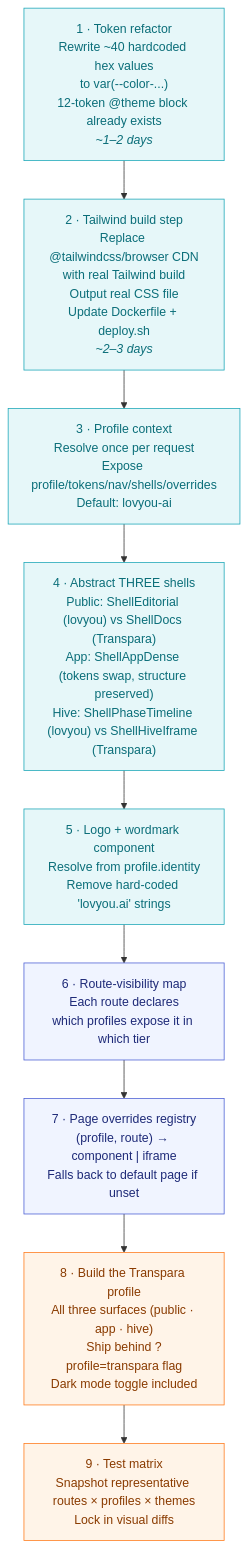
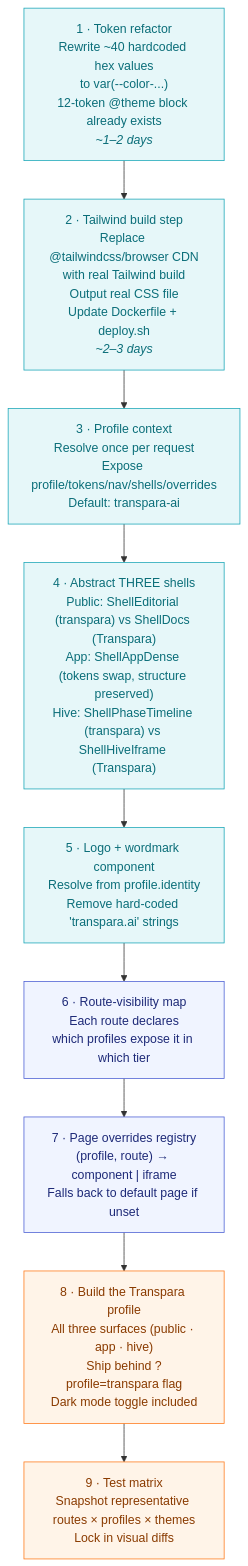
One commit to transpara-ai/site changed the fourth of 5 diagrams in docs/site-profile-redesign/02-display-profile-system.md. Above: the diagram before and after it, drawn with Mermaid. The commit also changed other lines of this file and 108 other files, not shown here.

````diff
--- a/docs/site-profile-redesign/02-display-profile-system.md
+++ b/docs/site-profile-redesign/02-display-profile-system.md
@@ -219,22 +219,22 @@
 ```mermaid
 flowchart TD
     Step1["1 · Token refactor<br/>Rewrite ~40 hardcoded hex values<br/>to var(--color-...)<br/>12-token @theme block already exists<br/><i>~1–2 days</i>"]
     Step2["2 · Tailwind build step<br/>Replace @tailwindcss/browser CDN<br/>with real Tailwind build<br/>Output real CSS file<br/>Update Dockerfile + deploy.sh<br/><i>~2–3 days</i>"]
-    Step3["3 · Profile context<br/>Resolve once per request<br/>Expose profile/tokens/nav/shells/overrides<br/>Default: lovyou-ai"]
-    Step4["4 · Abstract THREE shells<br/>Public: ShellEditorial (lovyou) vs ShellDocs (Transpara)<br/>App: ShellAppDense (tokens swap, structure preserved)<br/>Hive: ShellPhaseTimeline (lovyou) vs ShellHiveIframe (Transpara)"]
-    Step5["5 · Logo + wordmark component<br/>Resolve from profile.identity<br/>Remove hard-coded 'lovyou.ai' strings"]
+    Step3["3 · Profile context<br/>Resolve once per request<br/>Expose profile/tokens/nav/shells/overrides<br/>Default: transpara-ai"]
+    Step4["4 · Abstract THREE shells<br/>Public: ShellEditorial (transpara) vs ShellDocs (Transpara)<br/>App: ShellAppDense (tokens swap, structure preserved)<br/>Hive: ShellPhaseTimeline (transpara) vs ShellHiveIframe (Transpara)"]
+    Step5["5 · Logo + wordmark component<br/>Resolve from profile.identity<br/>Remove hard-coded 'transpara.ai' strings"]
     Step6["6 · Route-visibility map<br/>Each route declares<br/>which profiles expose it in which tier"]
     Step7["7 · Page overrides registry<br/>(profile, route) → component | iframe<br/>Falls back to default page if unset"]
     Step8["8 · Build the Transpara profile<br/>All three surfaces (public · app · hive)<br/>Ship behind ?profile=transpara flag<br/>Dark mode toggle included"]
     Step9["9 · Test matrix<br/>Snapshot representative routes × profiles × themes<br/>Lock in visual diffs"]
 
     Step1 --> Step2 --> Step3 --> Step4 --> Step5 --> Step6 --> Step7 --> Step8 --> Step9
 
     classDef mech fill:#e6f7f9,stroke:#1aa6b7,color:#0b6e79
     classDef feat fill:#f0f4ff,stroke:#4b5fd4,color:#1e2a78
     classDef ship fill:#fff4e8,stroke:#ff7a1a,color:#8a3b00
 
     class Step1,Step2,Step3,Step4,Step5 mech
     class Step6,Step7 feat
     class Step8,Step9 ship
 ```
````
